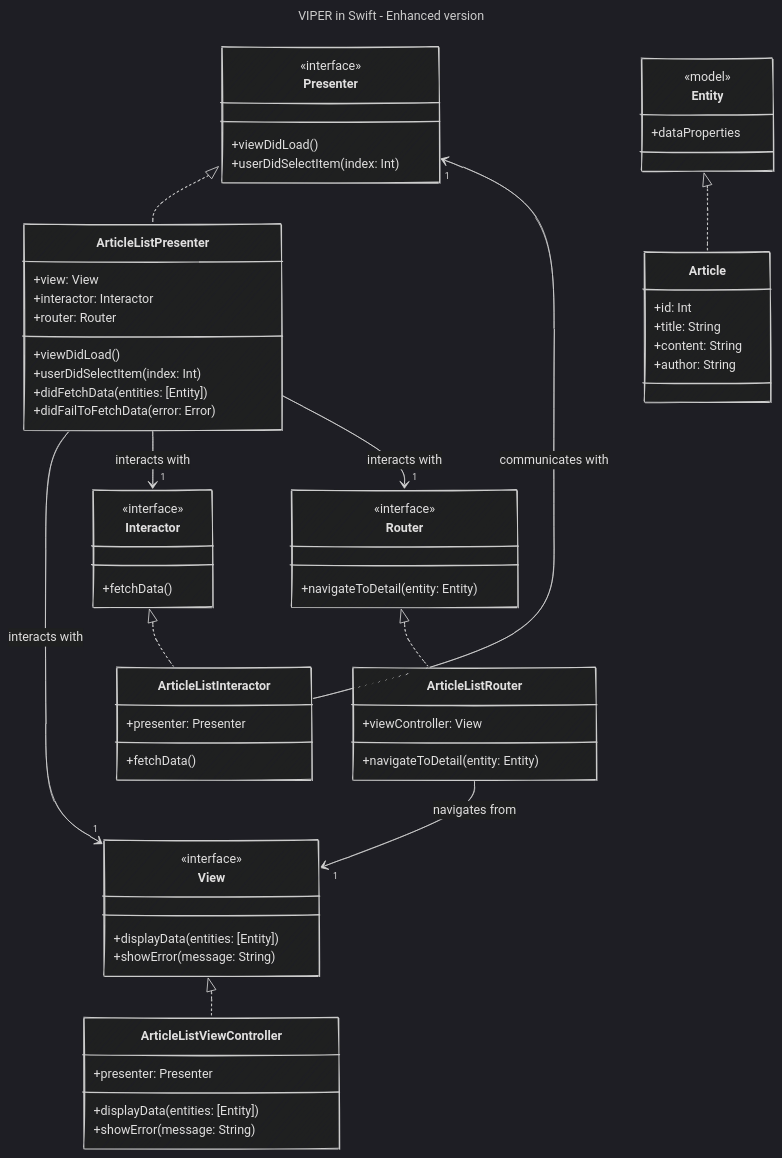
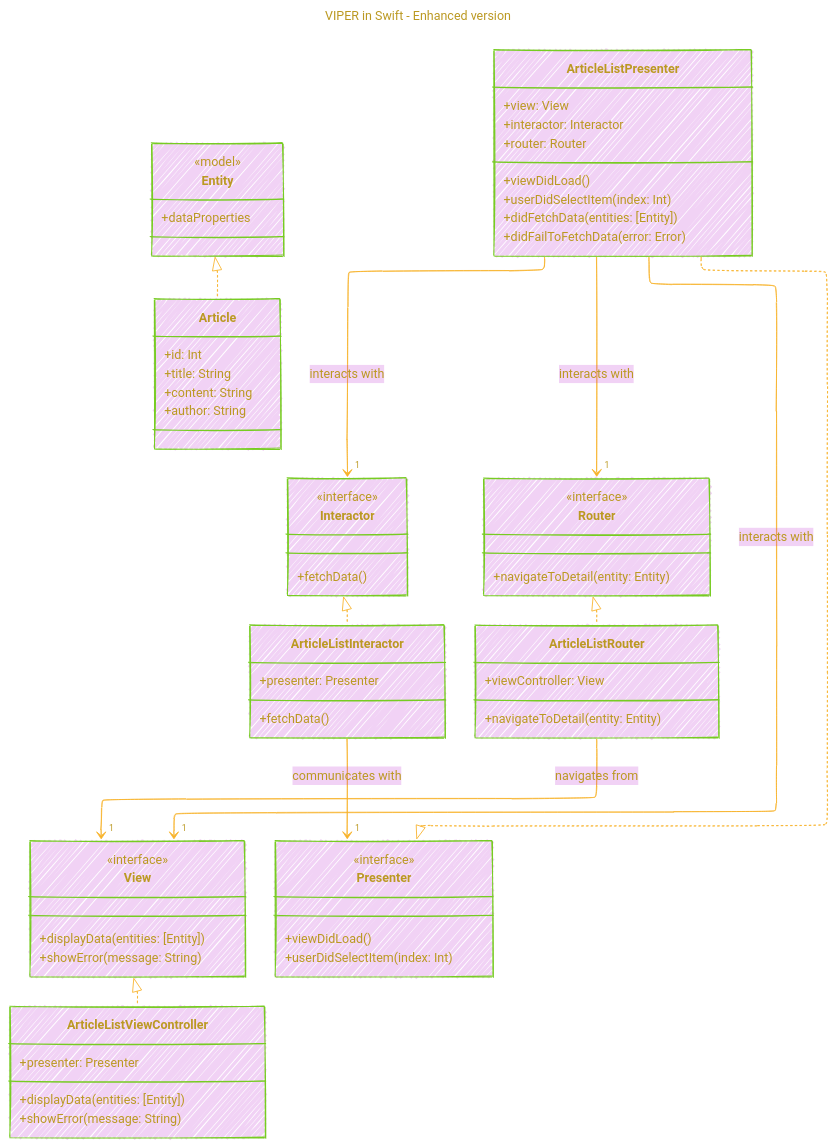
The second of 3 diagrams in Design_Patterns/VIPER/VIPER_V1.md (CongLeSolutionX/iOS-development-vault), drawn with Mermaid before and after one commit.

```diff
--- a/Design_Patterns/VIPER/VIPER_V1.md
+++ b/Design_Patterns/VIPER/VIPER_V1.md
@@ -151,9 +151,25 @@
 ---
 title: VIPER in Swift - Enhanced version
 config:
+  layout: elk
   look: handDrawn
-  theme: dark
+  theme: base
 ---
+%%%%%%%% Mermaid version v11.4.1-b.14
+%%%%%%%% Available curve styles include the following keywords:
+%% basis, bumpX, bumpY, cardinal, catmullRom, linear, monotoneX, monotoneY, natural, step, stepAfter, stepBefore.
+%%{
+  init: {
+    "classDiagram": { "htmlLabels": false },
+    'fontFamily': 'Fantasy',
+    'themeVariables': {
+      'primaryColor': '#B2C3',
+      'primaryTextColor': '#B92',
+      'primaryBorderColor': '#7c2',
+      'lineColor': '#F8B229'
+    }
+  }
+}%%
 classDiagram
     %% VIPER Components
     class View {
```
